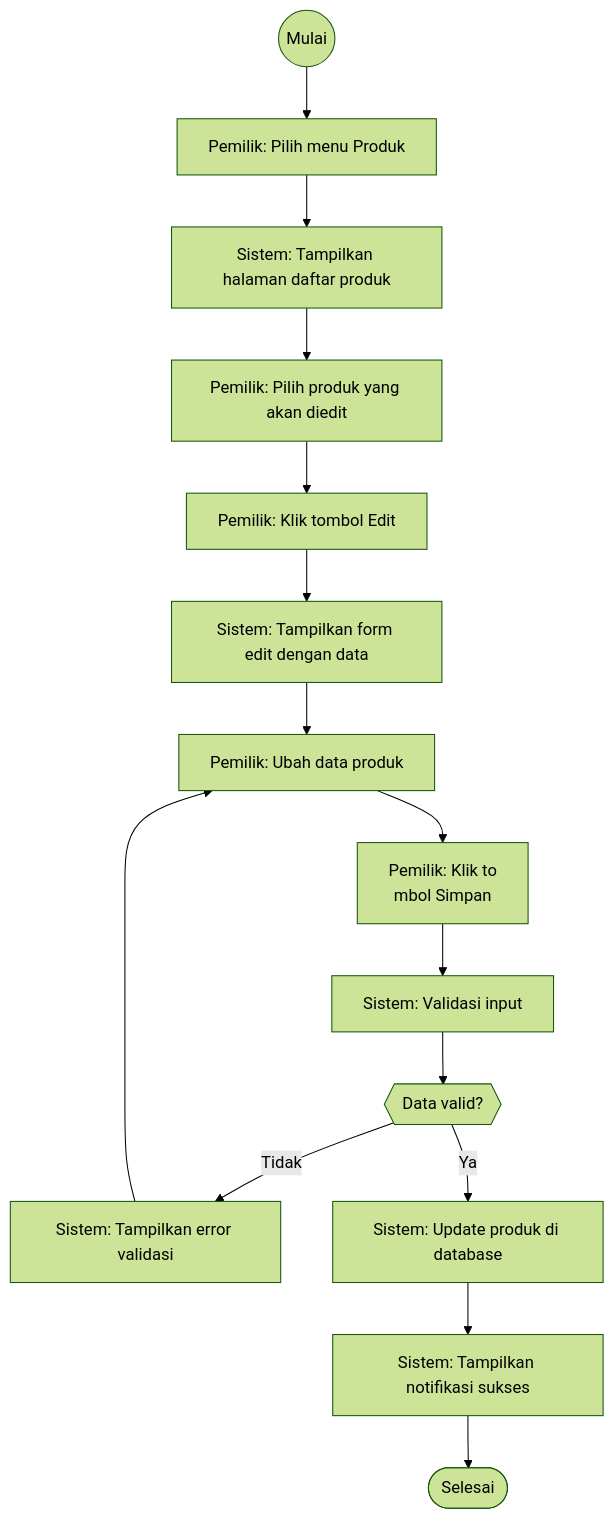
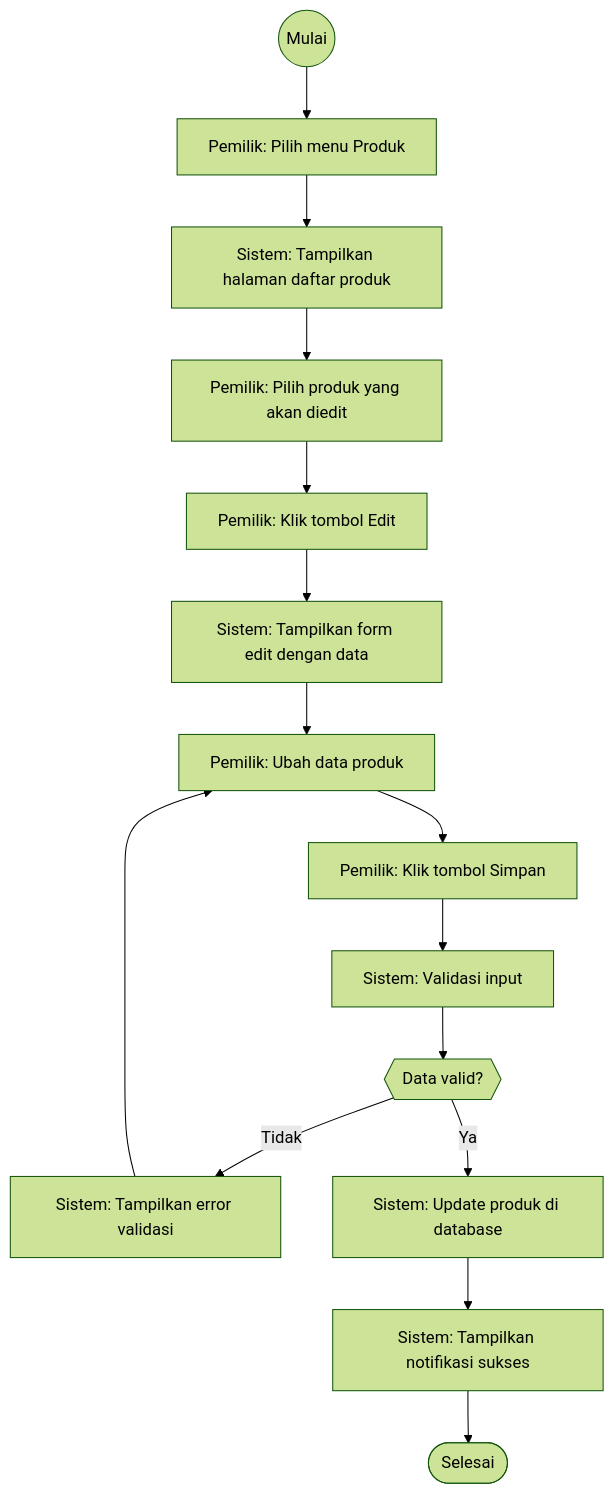
Diagram 29 of 40 in docs/4.2-perancangan-sistem.md (devWebs01/POS-DW), drawn with Mermaid (forest theme) before and after one commit. The commit also changed other lines of this file, not shown here.

First line of the commit message:
fix: repair 14 broken mermaid diagrams (split arrows & multiline labels)

````diff
--- a/docs/4.2-perancangan-sistem.md
+++ b/docs/4.2-perancangan-sistem.md
@@ -1850,28 +1838,27 @@
 ```mermaid
 flowchart TD
   start((Mulai))
   A_A["Pemilik: Pilih menu Produk"]
   start --> A_A
   S_A["Sistem: Tampilkan halaman daftar produk"]
   A_A --> S_A
   A_B["Pemilik: Pilih produk yang akan diedit"]
   S_A --> A_B
   A_C["Pemilik: Klik tombol Edit"]
   A_B --> A_C
   S_B["Sistem: Tampilkan form edit dengan data"]
   A_C --> S_B
   A_D["Pemilik: Ubah data produk"]
   S_B --> A_D
-  A_E["Pemilik: Klik to
-mbol Simpan"]
+  A_E["Pemilik: Klik tombol Simpan"]
   A_D --> A_E
   S_C["Sistem: Validasi input"]
   A_E --> S_C
   D_A{{"Data valid?"}}
   S_C --> D_A
   D_A -->|Tidak| E_A["Sistem: Tampilkan error validasi"]
   E_A --> A_D
   D_A -->|Ya| S_D["Sistem: Update produk di database"]
   S_D --> S_E["Sistem: Tampilkan notifikasi sukses"]
   S_E --> end_success([Selesai])
 ```
````
